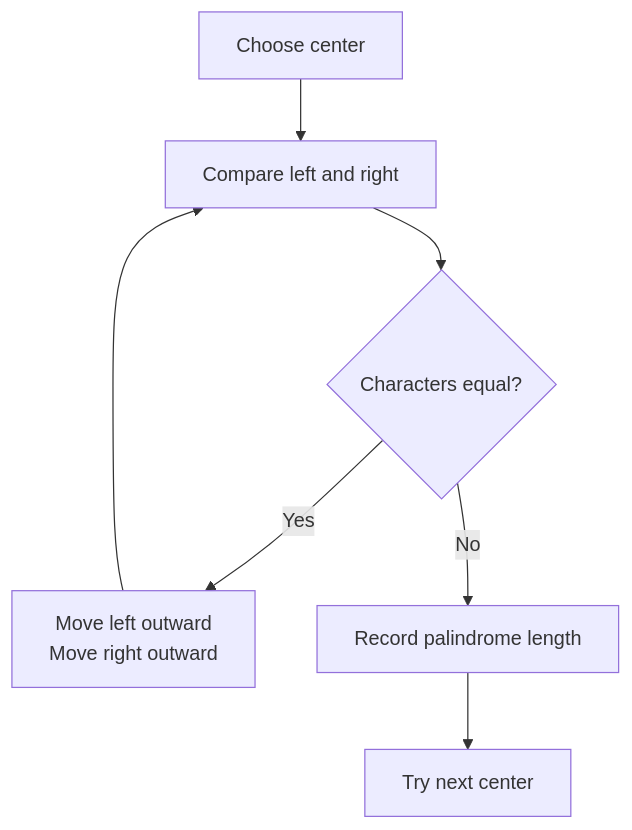
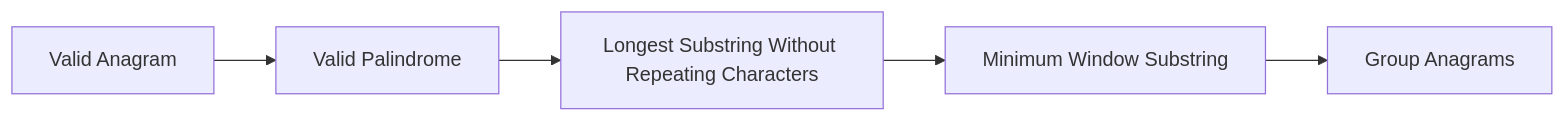
The fifth of 16 diagrams in docs/datastructures/strings.md (9999dude/omega), drawn with Mermaid before and after one commit. The commit also changed other lines of this file and 58 other files, not shown here.

````diff
--- a/docs/datastructures/strings.md
+++ b/docs/datastructures/strings.md
@@ -1446,9 +138,8 @@
 ```mermaid
-flowchart TD
-    A["Choose center"] --> B["Compare left and right"]
-    B --> C{"Characters equal?"}
-    C -->|Yes| D["Move left outward<br/>Move right outward"]
-    D --> B
-    C -->|No| E["Record palindrome length"]
-    E --> F["Try next center"]
+flowchart LR
+    Q0["Valid Anagram"]
+    Q0 --> Q1["Valid Palindrome"]
+    Q1 --> Q2["Longest Substring Without Repeating Characters"]
+    Q2 --> Q3["Minimum Window Substring"]
+    Q3 --> Q4["Group Anagrams"]
 ```
````
